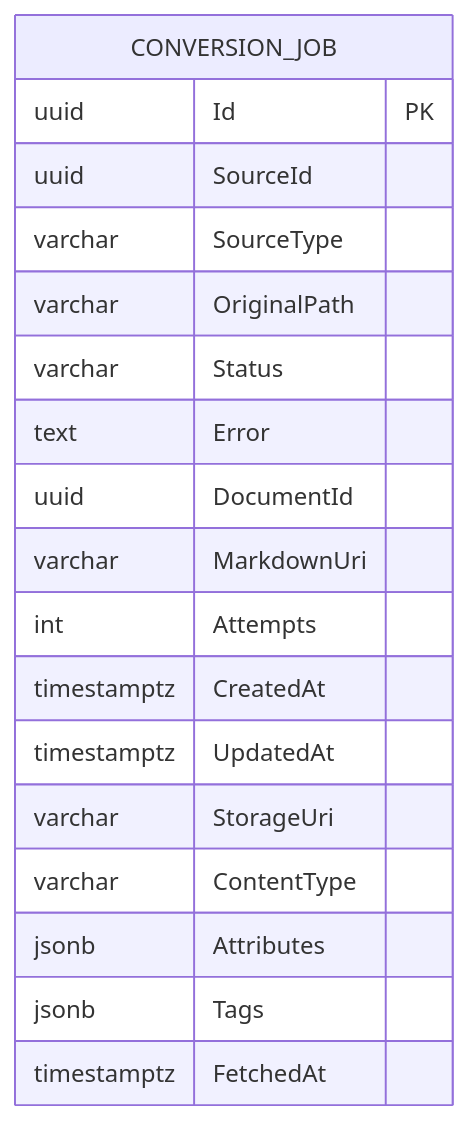
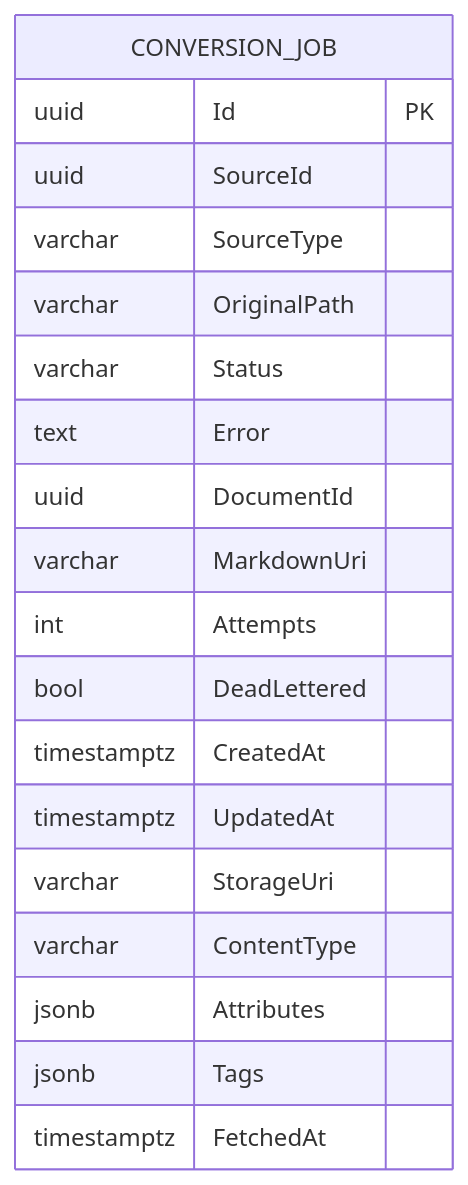
One commit to endazon/microservices-platform changed the diagram in docs/data/conversion-job.md. Above: the diagram before and after it, drawn with Mermaid. The commit also changed other lines of this file and 23 other files, not shown here.

````diff
--- a/docs/data/conversion-job.md
+++ b/docs/data/conversion-job.md
@@ -76,21 +80,22 @@
 ```mermaid
 erDiagram
     CONVERSION_JOB {
         uuid Id PK
         uuid SourceId
         varchar SourceType
         varchar OriginalPath
         varchar Status
         text Error
         uuid DocumentId
         varchar MarkdownUri
         int Attempts
+        bool DeadLettered
         timestamptz CreatedAt
         timestamptz UpdatedAt
         varchar StorageUri
         varchar ContentType
         jsonb Attributes
         jsonb Tags
         timestamptz FetchedAt
     }
 ```
````
